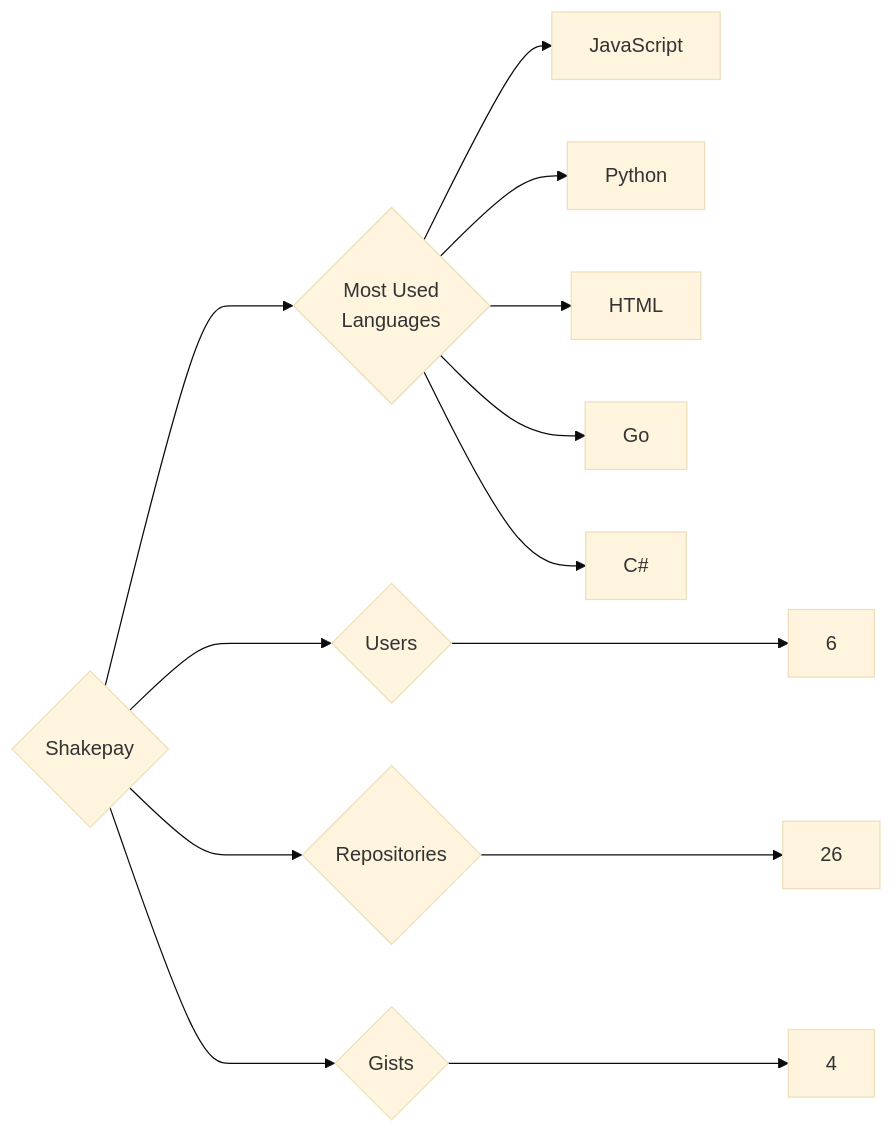
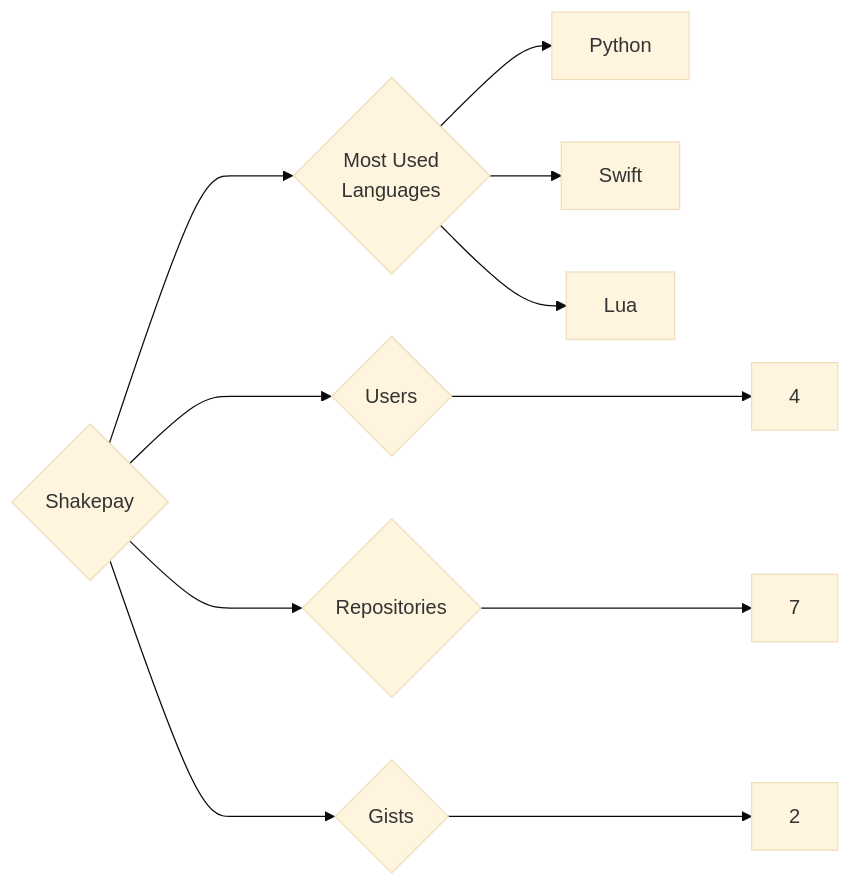
Before and after one commit to trickest/insiders: the diagram in targets/Shakepay/README.md, drawn with Mermaid (base theme). The commit also changed 444 other files, not shown here.

````diff
--- a/targets/Shakepay/README.md
+++ b/targets/Shakepay/README.md
@@ -3,13 +3,11 @@
 ```mermaid
 graph LR
 COMPANY_NAME{Shakepay}
-COMPANY_NAME ---> U{Users} ---> UN[6]
-COMPANY_NAME ---> R{Repositories} ---> RN[26]
-COMPANY_NAME ---> G{Gists} ---> GN[4]
+COMPANY_NAME ---> U{Users} ---> UN[4]
+COMPANY_NAME ---> R{Repositories} ---> RN[7]
+COMPANY_NAME ---> G{Gists} ---> GN[2]
 COMPANY_NAME ---> ML{Most Used<br>Languages}
-ML --> JavaScript[JavaScript]
 ML --> Python[Python]
-ML --> HTML[HTML]
-ML --> Go[Go]
-ML --> C#[C#]
+ML --> Swift[Swift]
+ML --> Lua[Lua]
 ```
````
